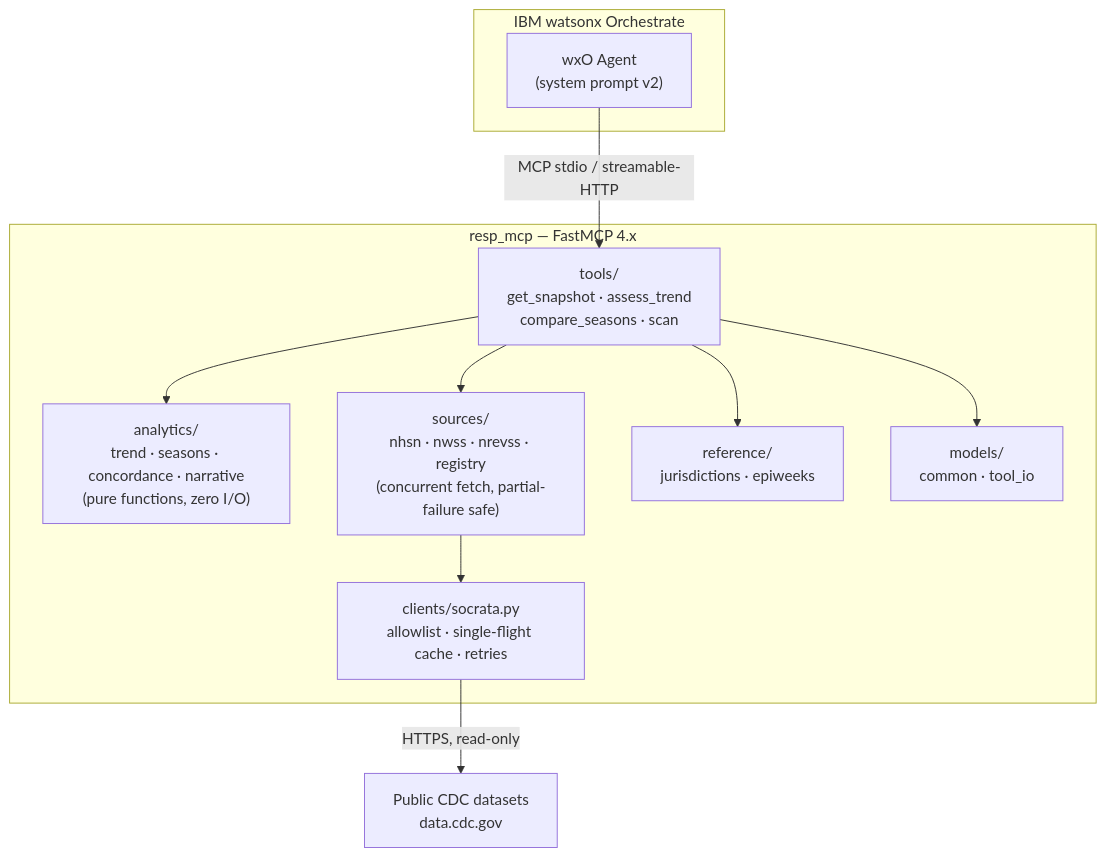
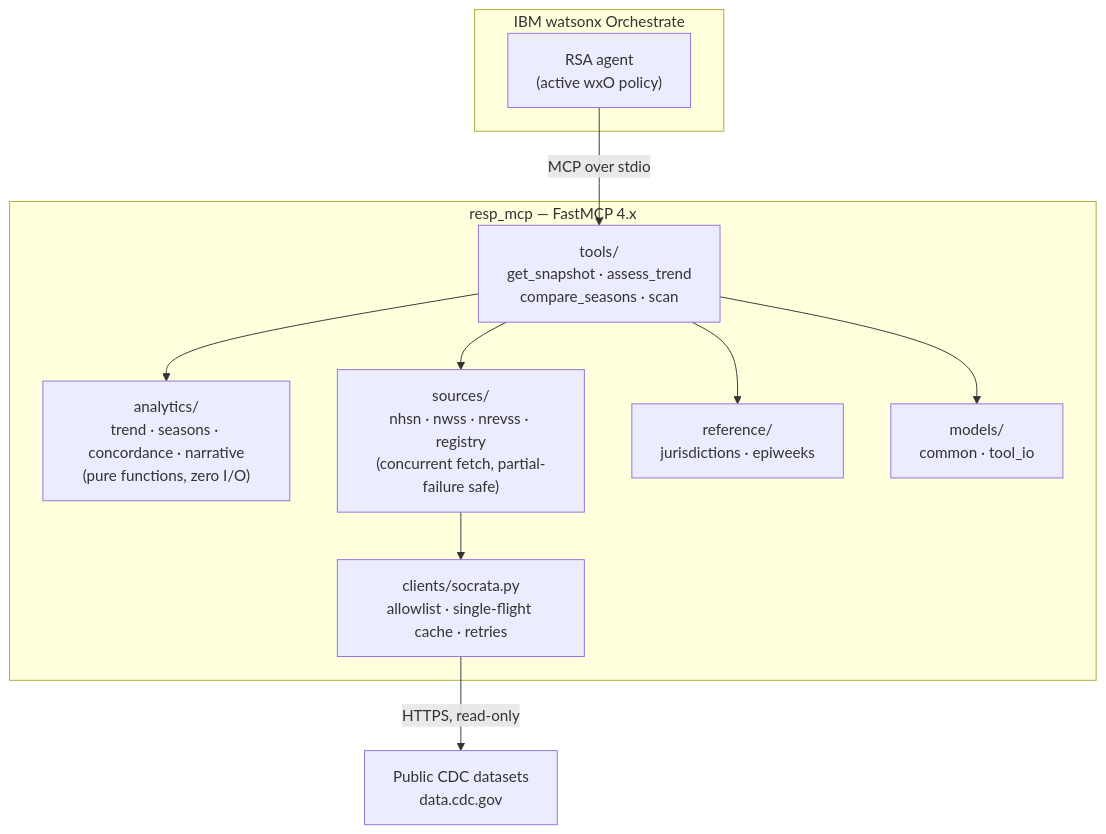
One commit to ife01/mcp-hackathon-template changed the diagram in README.md. Above: the diagram before and after it, drawn with Mermaid. The commit also changed other lines of this file and 4 other files, not shown here.

````diff
--- a/README.md
+++ b/README.md
@@ -70,24 +80,24 @@
 ```mermaid
 flowchart TD
     subgraph wxO["IBM watsonx Orchestrate"]
-        Agent["wxO Agent\n(system prompt v2)"]
+        Agent["RSA agent\n(active wxO policy)"]
     end
 
-    Agent -->|MCP stdio / streamable-HTTP| Tools
+    Agent -->|MCP over stdio| Tools
 
     subgraph Server["resp_mcp — FastMCP 4.x"]
         Tools["tools/\nget_snapshot · assess_trend\ncompare_seasons · scan"]
         Analytics["analytics/\ntrend · seasons · concordance · narrative\n(pure functions, zero I/O)"]
         Sources["sources/\nnhsn · nwss · nrevss · registry\n(concurrent fetch, partial-failure safe)"]
         Client["clients/socrata.py\nallowlist · single-flight cache · retries"]
         Reference["reference/\njurisdictions · epiweeks"]
         Models["models/\ncommon · tool_io"]
     end
 
     Tools --> Analytics
     Tools --> Sources
     Tools --> Reference
     Tools --> Models
     Sources --> Client
     Client -->|HTTPS, read-only| CDC["Public CDC datasets\ndata.cdc.gov"]
 ```
````
